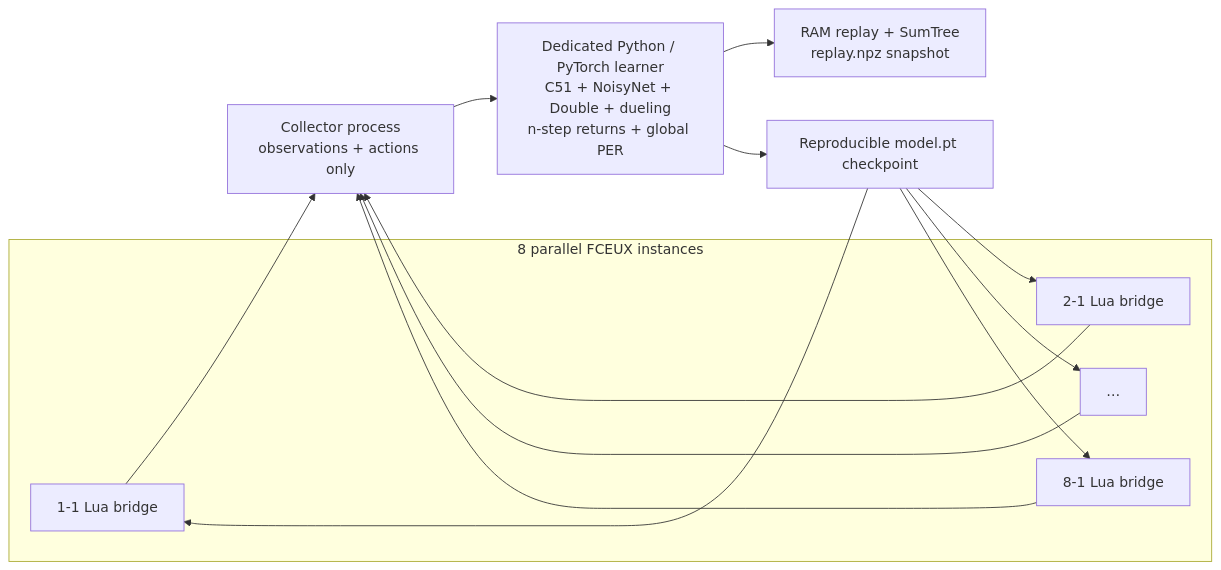
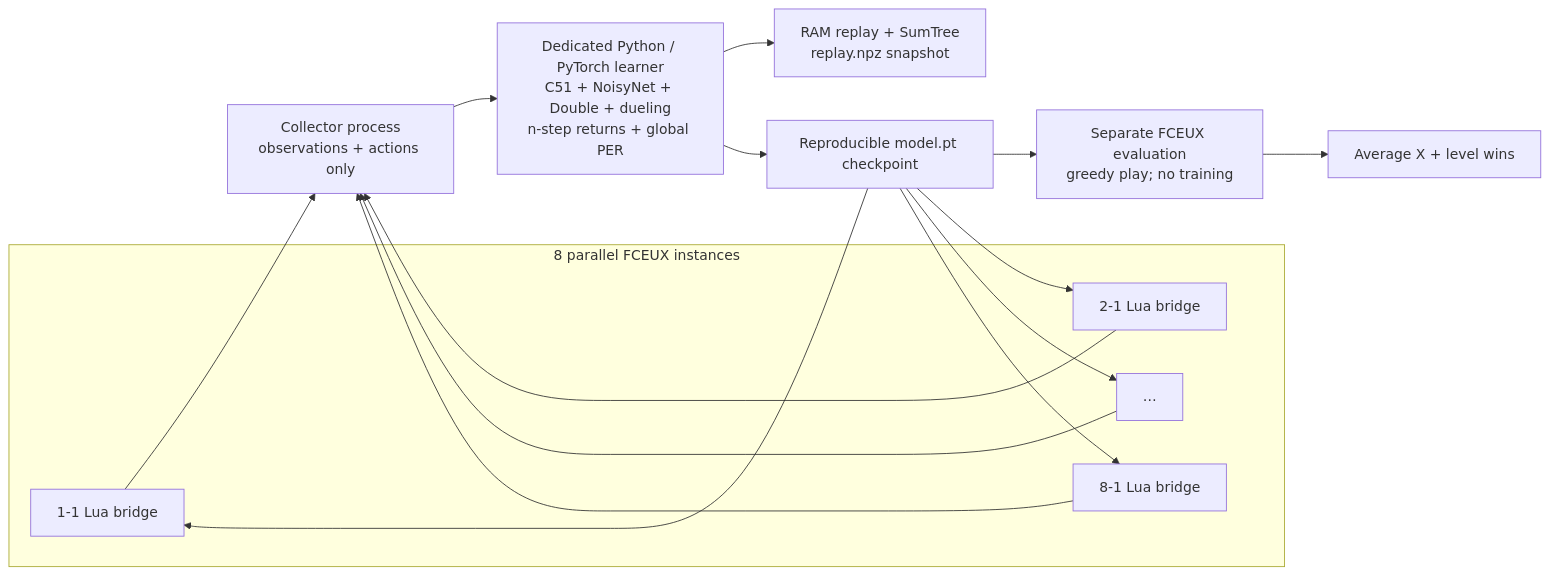
One commit to heaven-hm/mario-ai-neat changed the first of 7 diagrams in README.md. Above: the diagram before and after it, drawn with Mermaid. The commit also changed other lines of this file and 5 other files, not shown here.

````diff
--- a/README.md
+++ b/README.md
@@ -21,14 +32,16 @@
 ```mermaid
 flowchart LR
     subgraph FCEUX["8 parallel FCEUX instances"]
         W1["1-1 Lua bridge"]
         W2["2-1 Lua bridge"]
         W3["…"]
         W8["8-1 Lua bridge"]
     end
     W1 & W2 & W3 & W8 --> Collector["Collector process\nobservations + actions only"]
     Collector --> Learner["Dedicated Python / PyTorch learner\nC51 + NoisyNet + Double + dueling\nn-step returns + global PER"]
     Learner --> Replay["RAM replay + SumTree\nreplay.npz snapshot"]
     Learner --> Model["Reproducible model.pt checkpoint"]
     Model --> W1 & W2 & W3 & W8
+    Model --> Eval["Separate FCEUX evaluation\ngreedy play; no training"]
+    Eval --> Results["Average X + level wins"]
 ```
````
